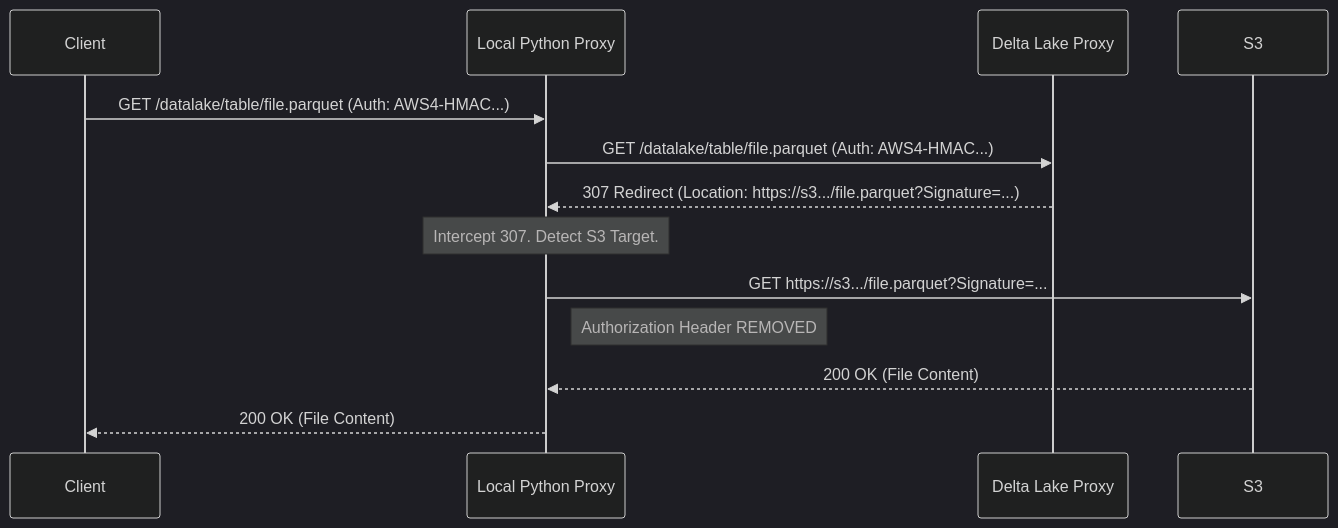
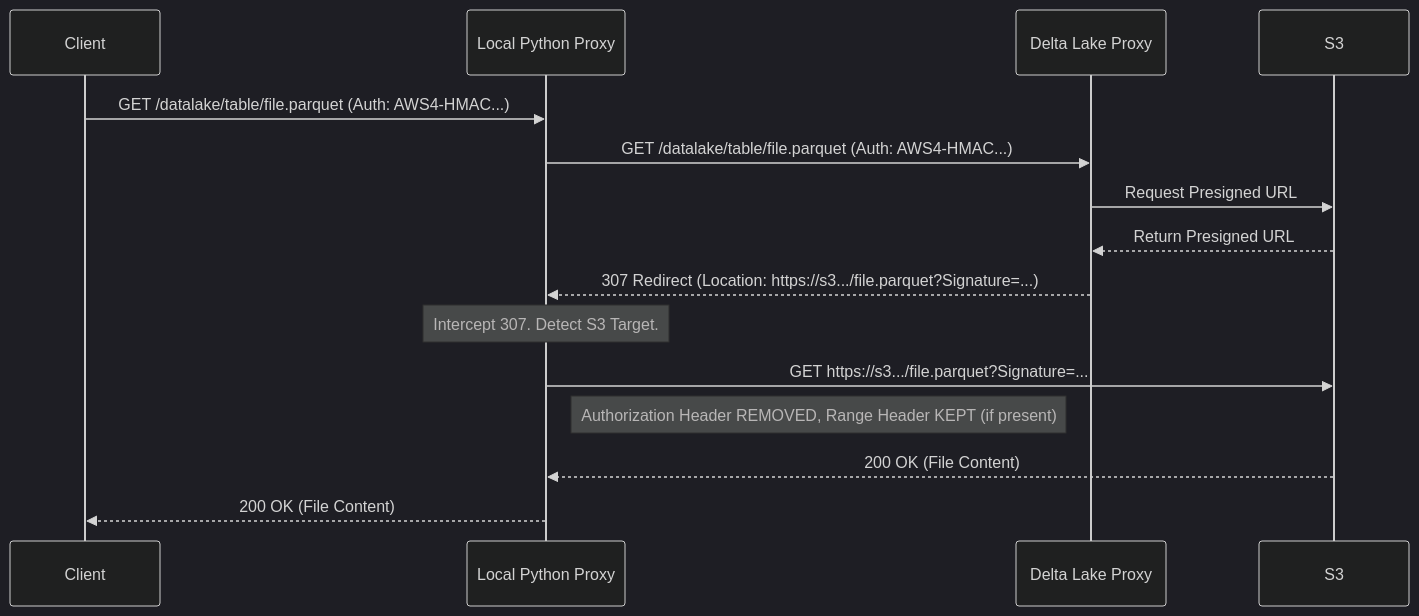
Before and after one commit to bnouvelbmll/delta-lake-proxy: the second of 2 diagrams in specs/client_proxy.md, drawn with Mermaid (dark theme). The commit also changed other lines of this file and 1 other file, not shown here.

````diff
--- a/specs/client_proxy.md
+++ b/specs/client_proxy.md
@@ -65,19 +77,21 @@
 ```mermaid
 sequenceDiagram
     participant Client
     participant LocalProxy as Local Python Proxy
     participant DeltaProxy as Delta Lake Proxy
     participant S3
 
     Client->>LocalProxy: GET /datalake/table/file.parquet (Auth: AWS4-HMAC...)
     LocalProxy->>DeltaProxy: GET /datalake/table/file.parquet (Auth: AWS4-HMAC...)
+    DeltaProxy->>S3: Request Presigned URL
+    S3-->>DeltaProxy: Return Presigned URL
     DeltaProxy-->>LocalProxy: 307 Redirect (Location: https://s3.../file.parquet?Signature=...)
     
     Note over LocalProxy: Intercept 307. Detect S3 Target.
     
     LocalProxy->>S3: GET https://s3.../file.parquet?Signature=...
-    Note right of LocalProxy: Authorization Header REMOVED
+    Note right of LocalProxy: Authorization Header REMOVED, Range Header KEPT (if present)
     
     S3-->>LocalProxy: 200 OK (File Content)
     LocalProxy-->>Client: 200 OK (File Content)
 ```
````
